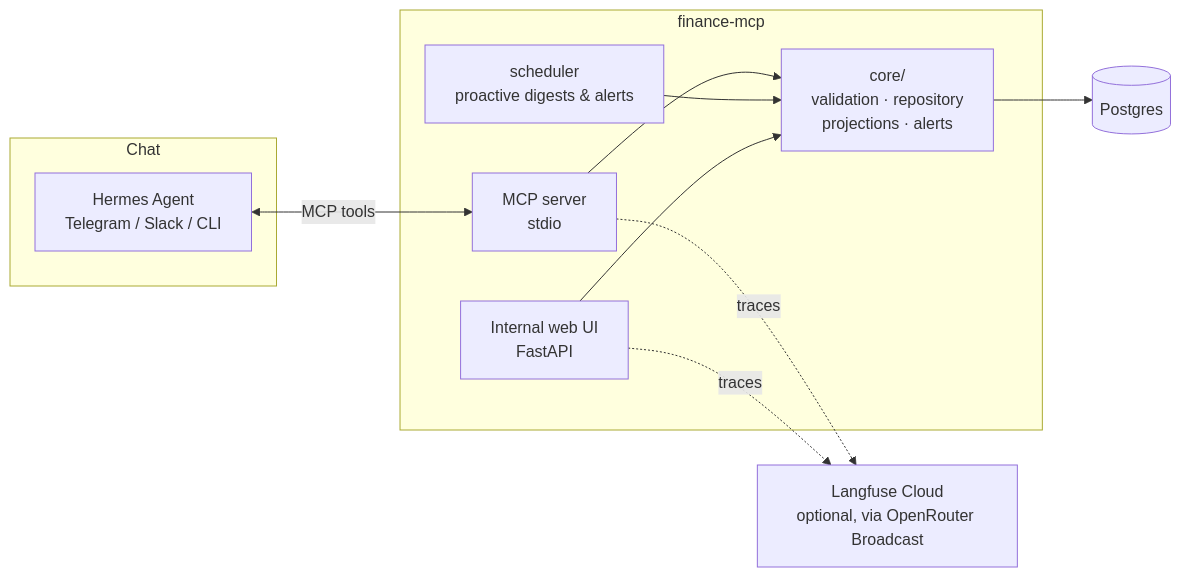
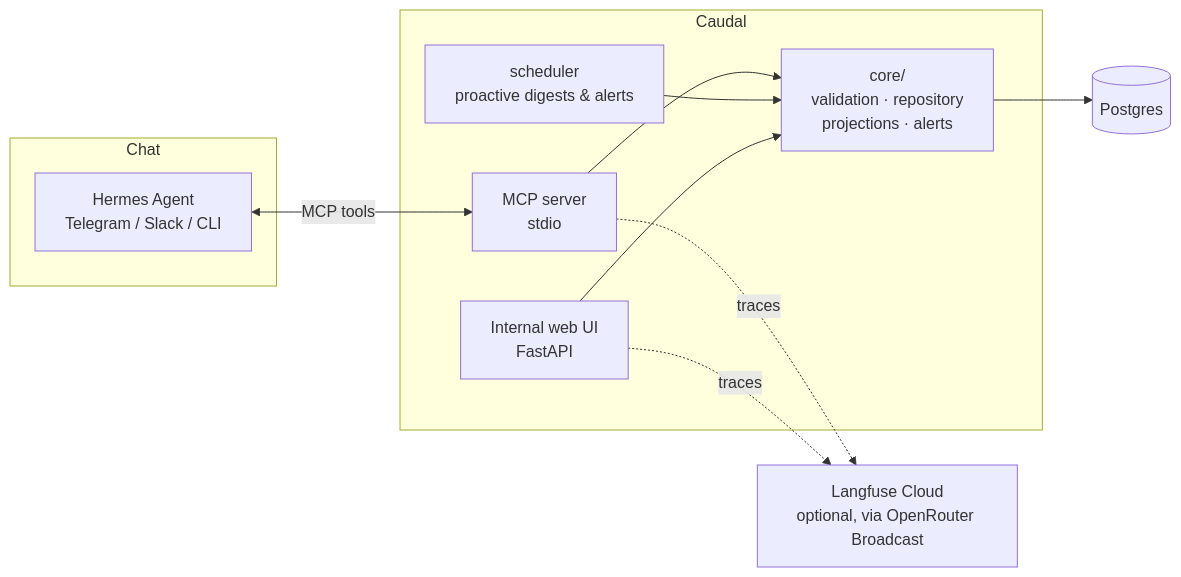
One commit to RookieCol/finance-mcp changed the diagram in README.md. Above: the diagram before and after it, drawn with Mermaid. The commit also changed other lines of this file and 10 other files, not shown here.

````diff
--- a/README.md
+++ b/README.md
@@ -35,24 +26,24 @@
 ```mermaid
 flowchart LR
     subgraph Chat
         H[Hermes Agent<br/>Telegram / Slack / CLI]
     end
 
-    subgraph finance-mcp
+    subgraph Caudal
         M[MCP server<br/>stdio]
         C[core/<br/>validation · repository<br/>projections · alerts]
         S[scheduler<br/>proactive digests & alerts]
         W[Internal web UI<br/>FastAPI]
     end
 
     PG[(Postgres)]
     LF[Langfuse Cloud<br/>optional, via OpenRouter Broadcast]
 
     H <--MCP tools--> M
     M --> C
     S --> C
     W --> C
     C --> PG
     M -. traces .-> LF
     W -. traces .-> LF
 ```
````
